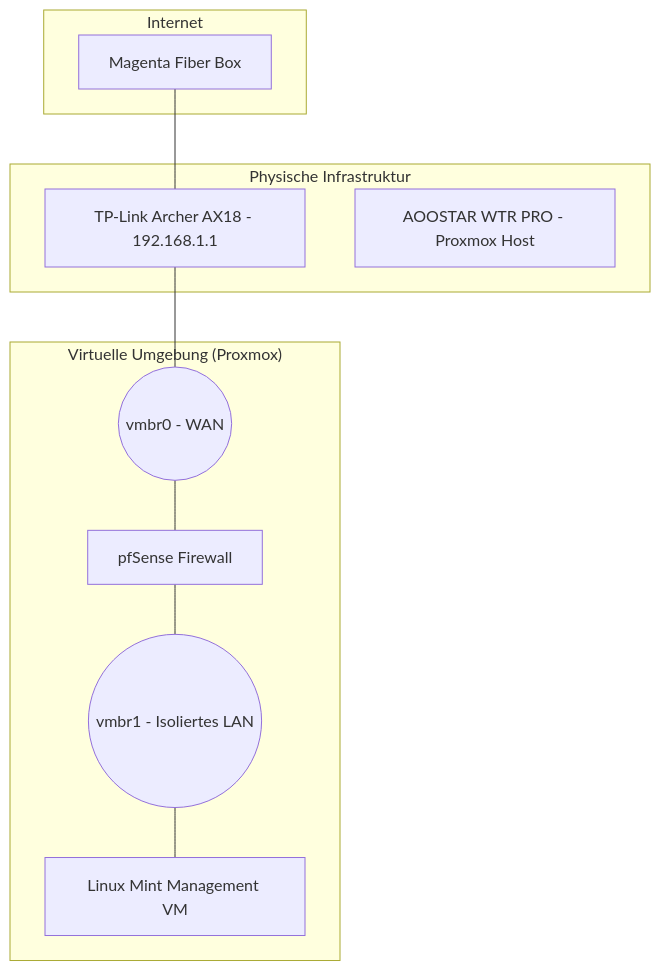
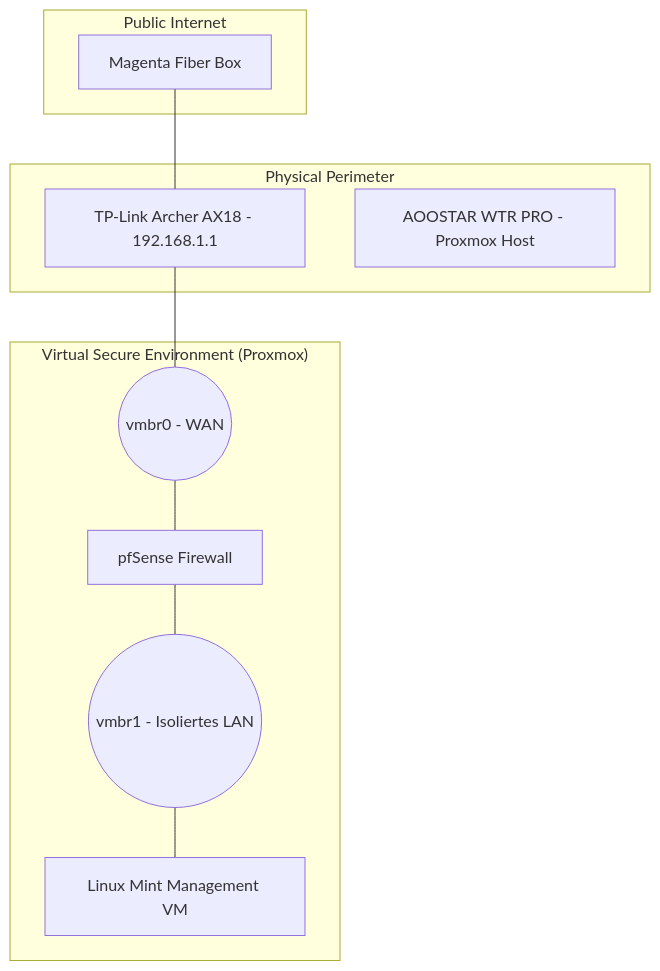
Before and after one commit to angelleonard23/Project-HomeLab-Proxmox-Lab: the diagram in README.md, drawn with Mermaid. The commit also changed other lines of this file, not shown here.

``````diff
--- a/README.md
+++ b/README.md
@@ -23,26 +32,26 @@
 ```mermaid
 graph TD
-    subgraph "Internet"
+    subgraph "Public Internet"
         ISP[Magenta Fiber Box]
     end
 
-    subgraph "Physische Infrastruktur"
+    subgraph "Physical Perimeter"
         Archer[TP-Link Archer AX18 - 192.168.1.1]
         Aoostar[AOOSTAR WTR PRO - Proxmox Host]
     end
 
-    subgraph "Virtuelle Umgebung (Proxmox)"
+    subgraph "Virtual Secure Environment (Proxmox)"
         WAN_Bridge((vmbr0 - WAN))
         LAN_Bridge((vmbr1 - Isoliertes LAN))
         
         pfSense[pfSense Firewall]
         Mint[Linux Mint Management VM]
     end
 
     ISP --- Archer
     Archer --- WAN_Bridge
     WAN_Bridge --- pfSense
     pfSense --- LAN_Bridge
     LAN_Bridge --- Mint
 
 `````
``````
